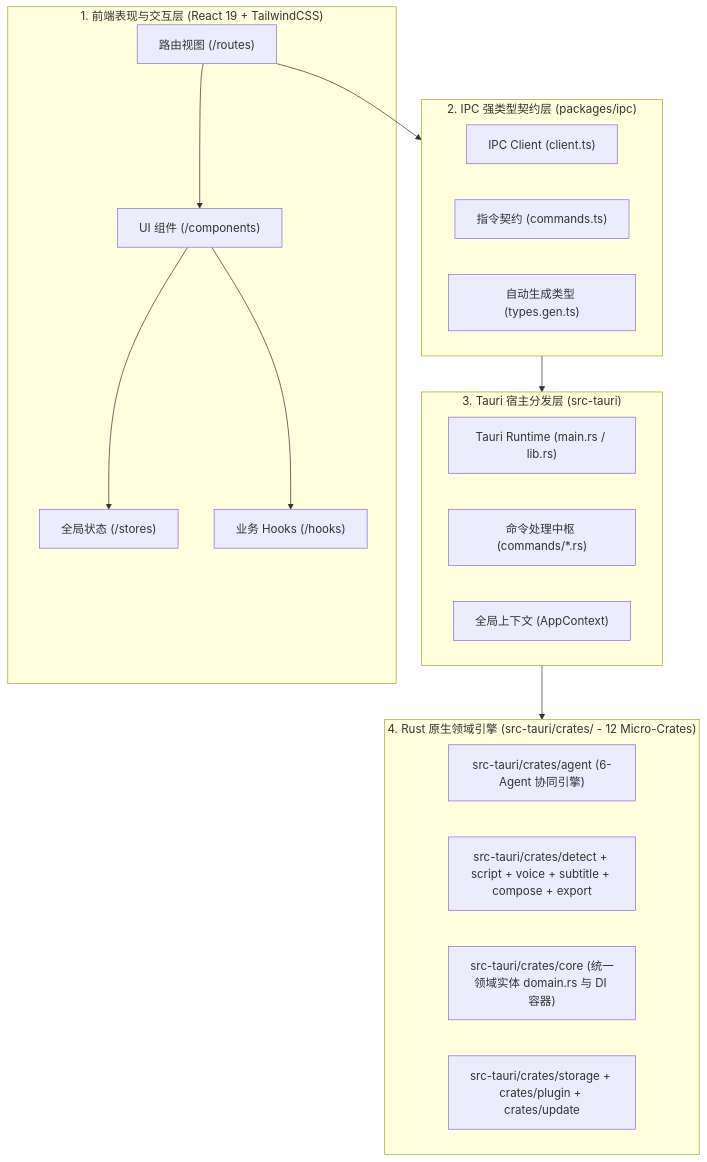
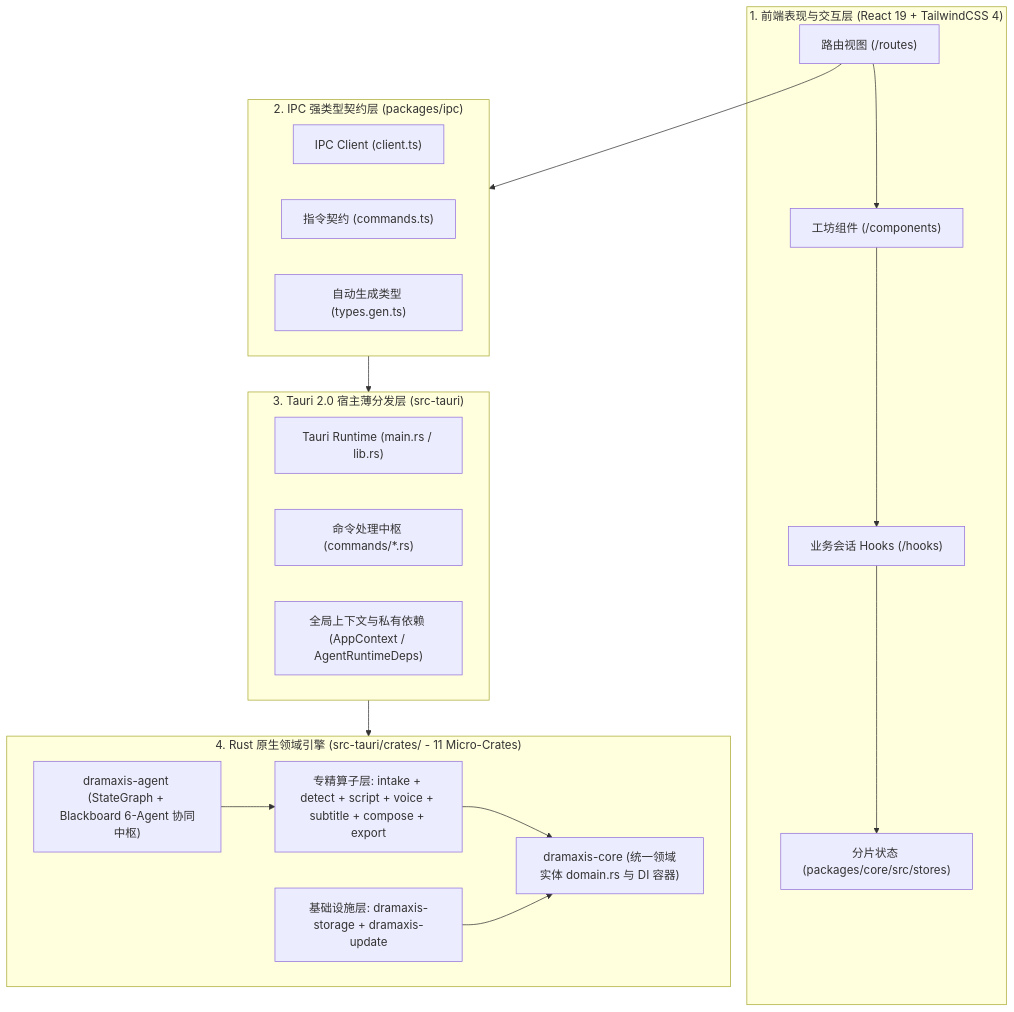
Before and after one commit to Agions/dramaxis: the diagram in docs/architecture/overview.md, drawn with Mermaid. The commit also changed other lines of this file and 95 other files, not shown here.

Commit message:
refactor: rename project references and crates from splicr to dramaxis

````diff
--- a/docs/architecture/overview.md
+++ b/docs/architecture/overview.md
@@ -9,31 +9,34 @@
 ```mermaid
 graph TD
-    subgraph UI ["1. 前端表现与交互层 (React 19 + TailwindCSS)"]
-        Routes["路由视图 (/routes)"] --> Components["UI 组件 (/components)"]
-        Components --> Stores["全局状态 (/stores)"]
-        Components --> Hooks["业务 Hooks (/hooks)"]
+    subgraph UI ["1. 前端表现与交互层 (React 19 + TailwindCSS 4)"]
+        Routes["路由视图 (/routes)"] --> Components["工坊组件 (/components)"]
+        Components --> Hooks["业务会话 Hooks (/hooks)"]
+        Hooks --> Stores["分片状态 (packages/core/src/stores)"]
     end
 
     subgraph Contract ["2. IPC 强类型契约层 (packages/ipc)"]
         Client["IPC Client (client.ts)"]
         Commands["指令契约 (commands.ts)"]
         Types["自动生成类型 (types.gen.ts)"]
     end
 
-    subgraph Host ["3. Tauri 宿主分发层 (src-tauri)"]
+    subgraph Host ["3. Tauri 2.0 宿主薄分发层 (src-tauri)"]
         TauriMain["Tauri Runtime (main.rs / lib.rs)"]
         CommandHandlers["命令处理中枢 (commands/*.rs)"]
-        AppState["全局上下文 (AppContext)"]
+        AppState["全局上下文与私有依赖 (AppContext / AgentRuntimeDeps)"]
     end
 
-    subgraph Engine ["4. Rust 原生领域引擎 (src-tauri/crates/ - 12 Micro-Crates)"]
-        Agent["src-tauri/crates/agent (6-Agent 协同引擎)"]
-        Pipeline["src-tauri/crates/detect + script + voice + subtitle + compose + export"]
-        Core["src-tauri/crates/core (统一领域实体 domain.rs 与 DI 容器)"]
-        Infra["src-tauri/crates/storage + crates/plugin + crates/update"]
+    subgraph Engine ["4. Rust 原生领域引擎 (src-tauri/crates/ - 11 Micro-Crates)"]
+        Agent["dramaxis-agent (StateGraph + Blackboard 6-Agent 协同中枢)"]
+        Pipeline["专精算子层: intake + detect + script + voice + subtitle + compose + export"]
+        Core["dramaxis-core (统一领域实体 domain.rs 与 DI 容器)"]
+        Infra["基础设施层: dramaxis-storage + dramaxis-update"]
     end
 
     Routes --> Contract
     Contract --> Host
     Host --> Engine
+    Agent --> Pipeline
+    Pipeline --> Core
+    Infra --> Core
 ```
````
